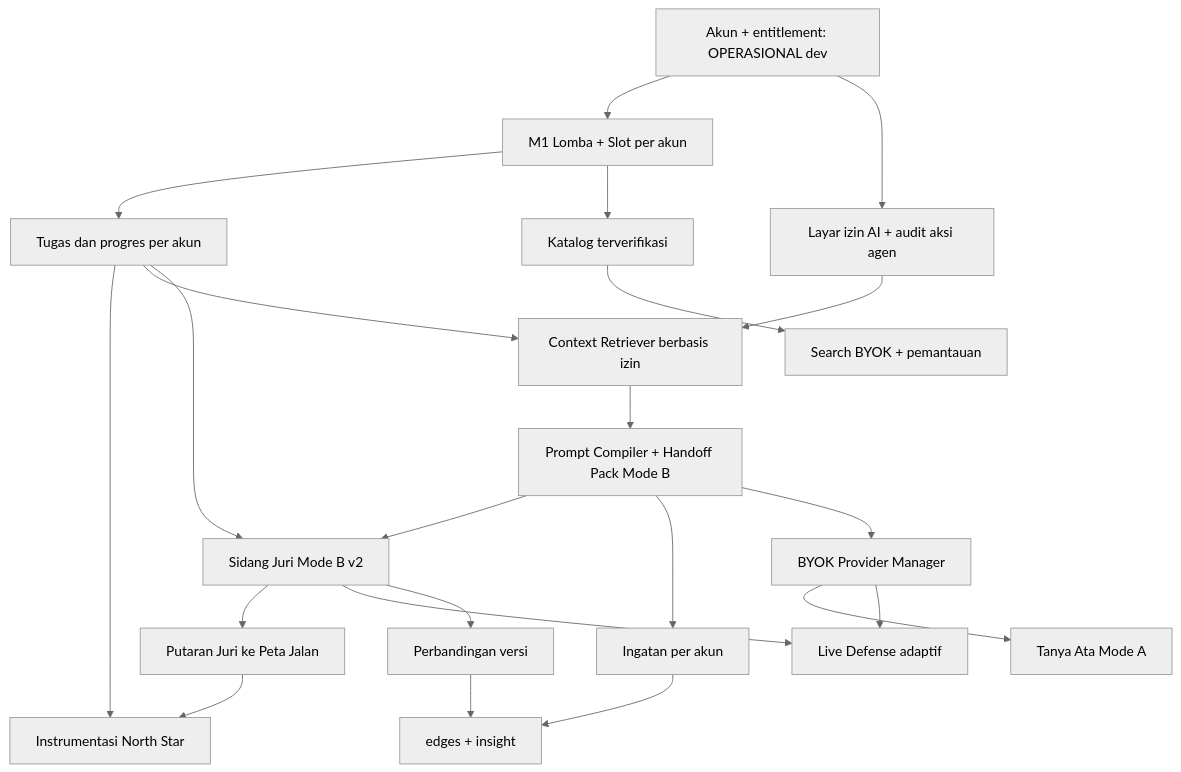
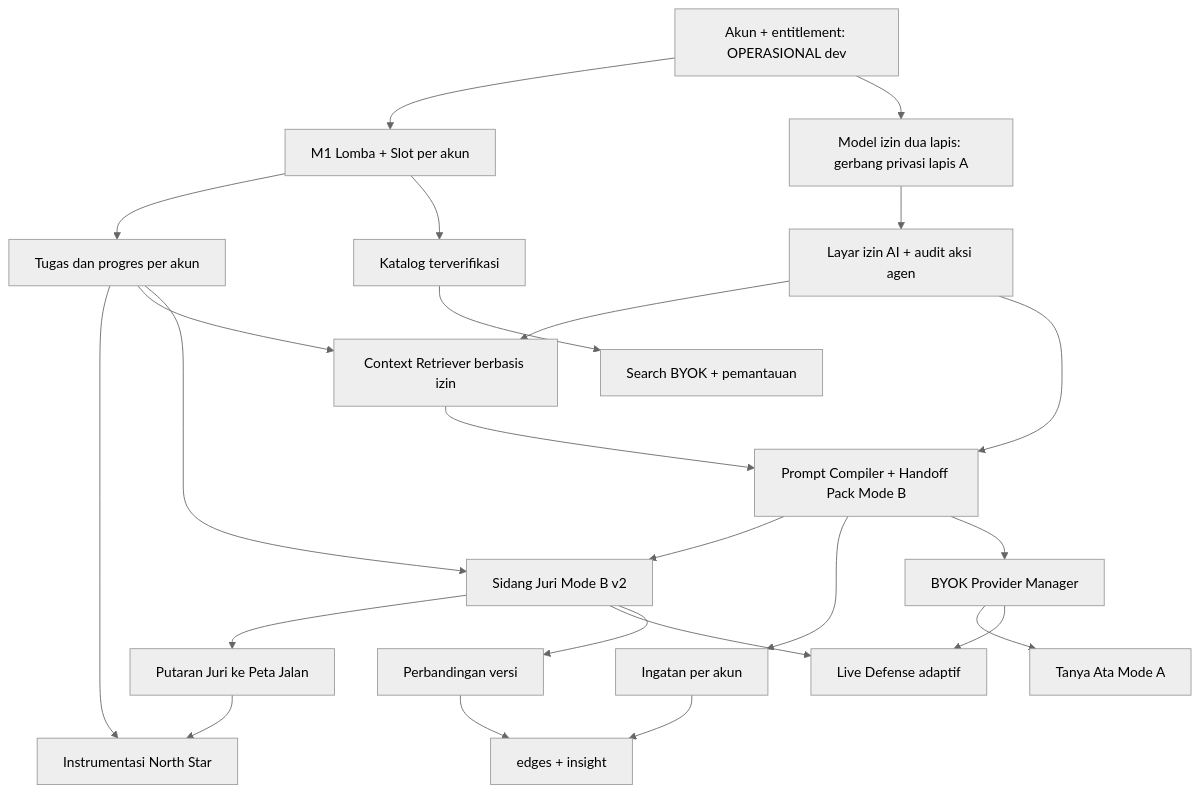
One commit to aldysyahputra422-crypto/ata changed the diagram in docs/strategi/personal-competition-agent.md. Above: the diagram before and after it, drawn with Mermaid (neutral theme). The commit also changed other lines of this file, not shown here.

Commit message:
docs(strategi): pisahkan North Star terverifikasi dari B3, perjelas dua lapis izin, selaraskan urutan P0

````diff
--- a/docs/strategi/personal-competition-agent.md
+++ b/docs/strategi/personal-competition-agent.md
@@ -359,24 +372,26 @@
 ```mermaid
 graph TD
   A[Akun + entitlement: OPERASIONAL dev] --> B[M1 Lomba + Slot per akun]
   B --> C[Tugas dan progres per akun]
   C --> D[Instrumentasi North Star]
-  A --> E[Layar izin AI + audit aksi agen]
+  A --> Z[Model izin dua lapis: gerbang privasi lapis A]
+  Z --> E[Layar izin AI + audit aksi agen]
   C --> F[Context Retriever berbasis izin]
   E --> F
   F --> G[Prompt Compiler + Handoff Pack Mode B]
+  E --> G
   G --> H[Sidang Juri Mode B v2]
   C --> H
   H --> I[Putaran Juri ke Peta Jalan]
   I --> D
   G --> J[Ingatan per akun]
   G --> K[BYOK Provider Manager]
   K --> L[Tanya Ata Mode A]
   K --> M[Live Defense adaptif]
   H --> M
   H --> N[Perbandingan versi]
   B --> O[Katalog terverifikasi]
   O --> P[Search BYOK + pemantauan]
   J --> Q[edges + insight]
   N --> Q
 ```
````
